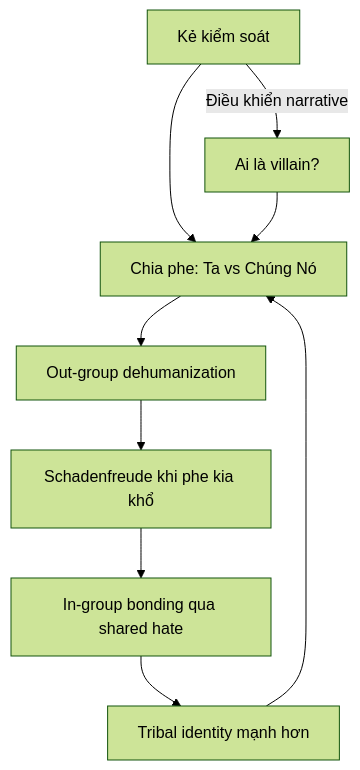
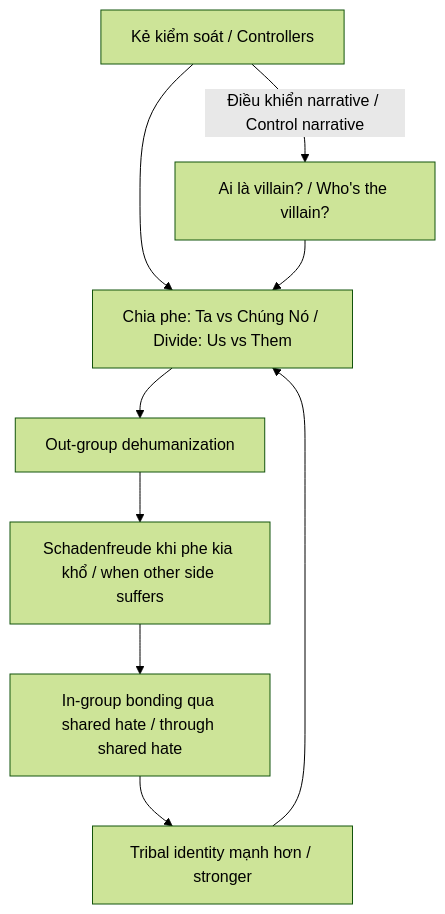
One commit to dyukahi/knowledge changed the fourth of 5 diagrams in mental-models/Schadenfreude - Dopamine Phản Diện.md. Above: the diagram before and after it, drawn with Mermaid (forest theme). The commit also changed other lines of this file and 3 other files, not shown here.

````diff
--- a/mental-models/Schadenfreude - Dopamine Phản Diện.md
+++ b/mental-models/Schadenfreude - Dopamine Phản Diện.md
@@ -157,12 +165,12 @@
 ```mermaid
 graph TD
-    A[Chia phe: Ta vs Chúng Nó] --> B[Out-group dehumanization]
-    B --> C[Schadenfreude khi phe kia khổ]
-    C --> D[In-group bonding qua shared hate]
-    D --> E[Tribal identity mạnh hơn]
+    A[Chia phe: Ta vs Chúng Nó / Divide: Us vs Them] --> B[Out-group dehumanization]
+    B --> C[Schadenfreude khi phe kia khổ / when other side suffers]
+    C --> D[In-group bonding qua shared hate / through shared hate]
+    D --> E[Tribal identity mạnh hơn / stronger]
     E --> A
     
-    F[Kẻ kiểm soát] --> A
-    F --> |Điều khiển narrative| G[Ai là villain?]
+    F[Kẻ kiểm soát / Controllers] --> A
+    F --> |Điều khiển narrative / Control narrative| G[Ai là villain? / Who's the villain?]
     G --> A
 ```
````
